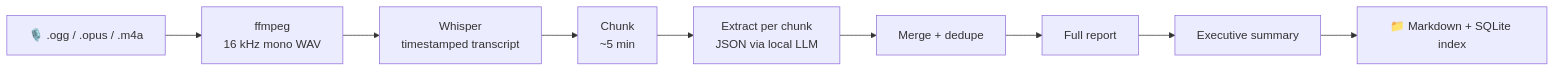
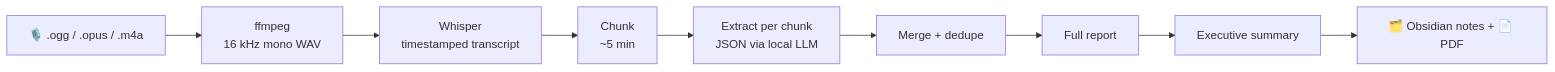
The diagram in README.md (pamobo0609/crc_memo), drawn with Mermaid before and after one commit. The commit also changed other lines of this file and 12 other files, not shown here.

First line of the commit message:
Minuta contract (minutes.json) and Obsidian + PDF roadmap

````diff
--- a/README.md
+++ b/README.md
@@ -41,11 +42,11 @@
 ```mermaid
 flowchart LR
     A[🎙️ .ogg / .opus / .m4a] --> B[ffmpeg<br/>16 kHz mono WAV]
     B --> C[Whisper<br/>timestamped transcript]
     C --> D[Chunk<br/>~5 min]
     D --> E[Extract per chunk<br/>JSON via local LLM]
     E --> F[Merge + dedupe]
     F --> G[Full report]
     G --> H[Executive summary]
-    H --> I[📁 Markdown + SQLite index]
+    H --> I[🗂️ Obsidian notes + 📄 PDF]
 ```
````
